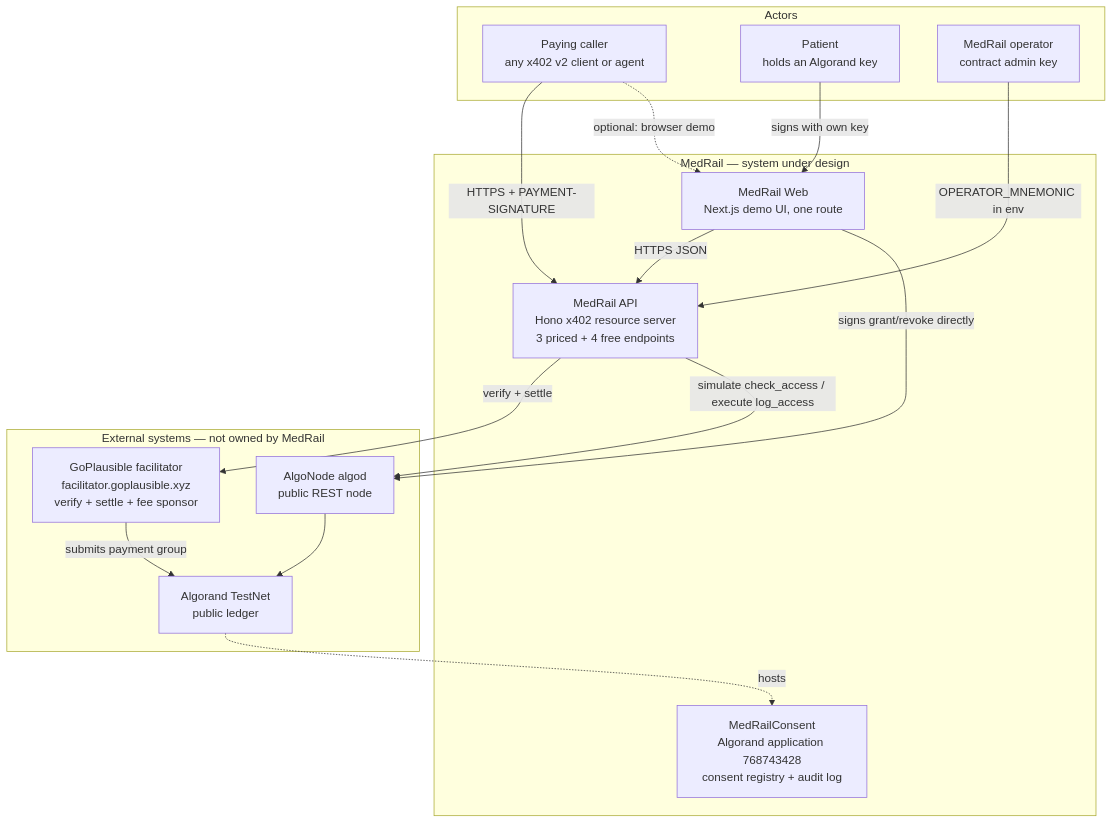
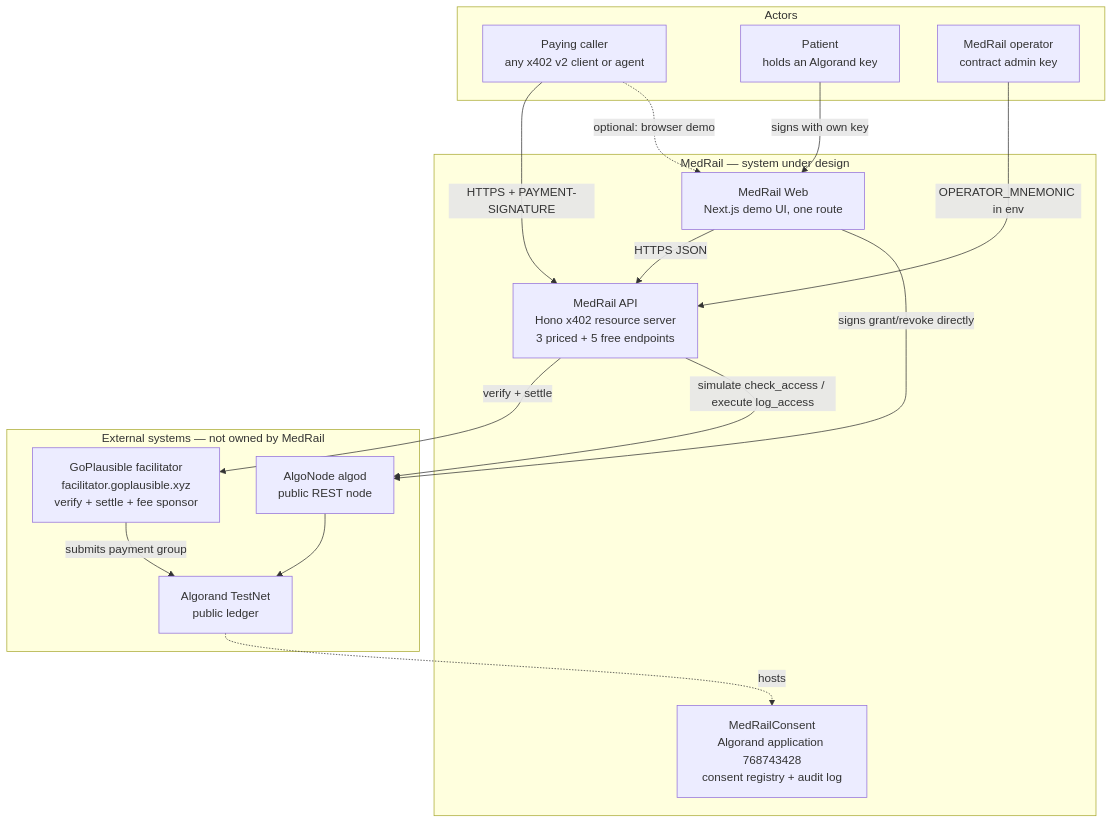
The first of 3 diagrams in docs/03_Architecture/System_Architecture.md (Hydra-Of-Malice/Medrail), drawn with Mermaid before and after one commit. The commit also changed other lines of this file and 77 other files, not shown here.

````diff
--- a/docs/03_Architecture/System_Architecture.md
+++ b/docs/03_Architecture/System_Architecture.md
@@ -57,33 +49,33 @@
 ```mermaid
 flowchart TB
     subgraph People["Actors"]
         Caller["Paying caller<br/>any x402 v2 client or agent"]
         Patient["Patient<br/>holds an Algorand key"]
         Operator["MedRail operator<br/>contract admin key"]
     end
 
     subgraph MedRail["MedRail — system under design"]
         Web["MedRail Web<br/>Next.js demo UI, one route"]
-        API["MedRail API<br/>Hono x402 resource server<br/>3 priced + 4 free endpoints"]
+        API["MedRail API<br/>Hono x402 resource server<br/>3 priced + 5 free endpoints"]
         Contract["MedRailConsent<br/>Algorand application 768743428<br/>consent registry + audit log"]
     end
 
     subgraph External["External systems — not owned by MedRail"]
         Facilitator["GoPlausible facilitator<br/>facilitator.goplausible.xyz<br/>verify + settle + fee sponsor"]
         Algod["AlgoNode algod<br/>public REST node"]
         Chain["Algorand TestNet<br/>public ledger"]
     end
 
     Caller -->|"HTTPS + PAYMENT-SIGNATURE"| API
     Caller -.->|"optional: browser demo"| Web
     Web -->|"HTTPS JSON"| API
     Web -->|"signs grant/revoke directly"| Algod
     Patient -->|"signs with own key"| Web
     Operator -->|"OPERATOR_MNEMONIC in env"| API
 
     API -->|"verify + settle"| Facilitator
     API -->|"simulate check_access / execute log_access"| Algod
     Facilitator -->|"submits payment group"| Chain
     Algod --> Chain
     Chain -.->|"hosts"| Contract
 ```
````
